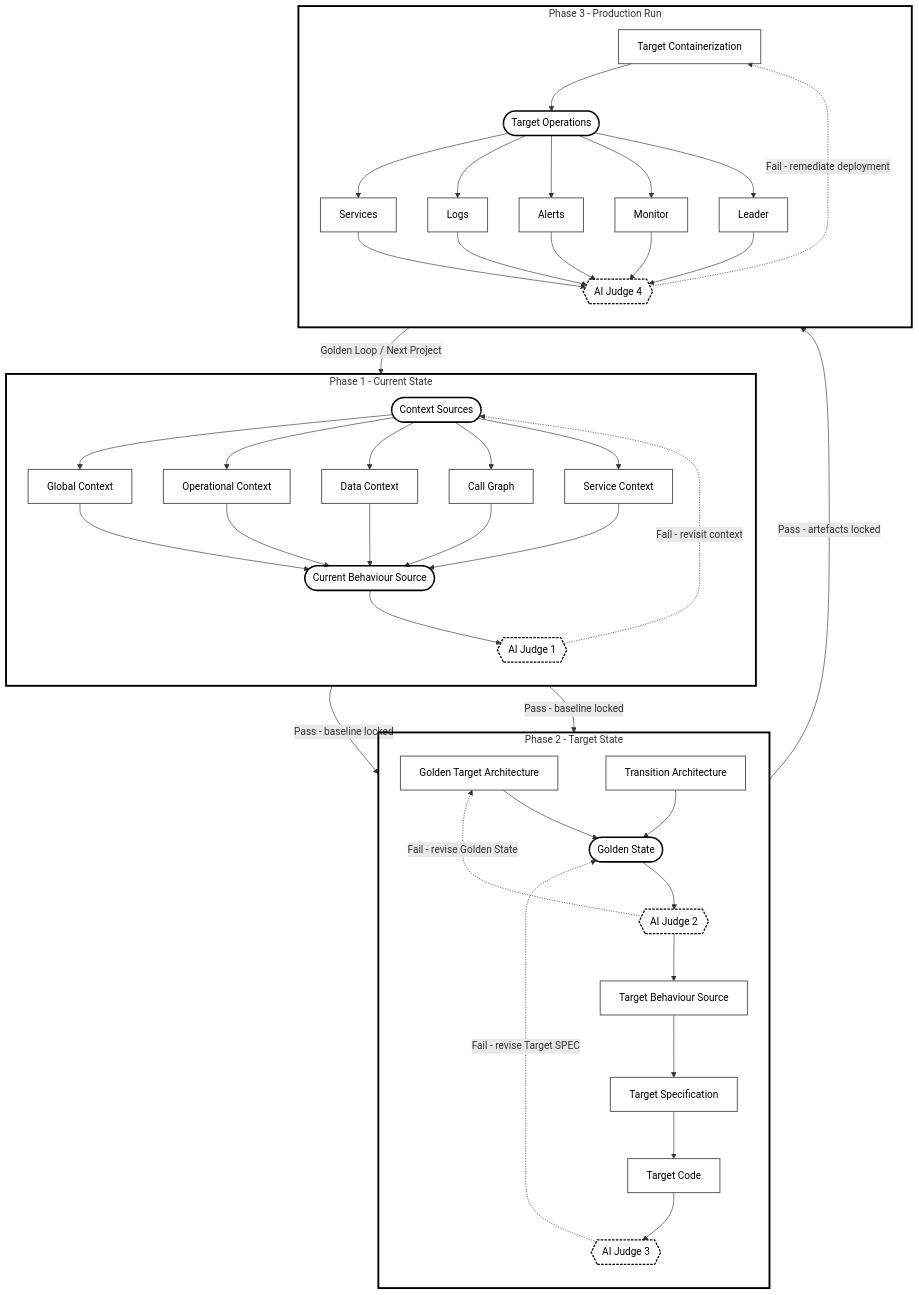
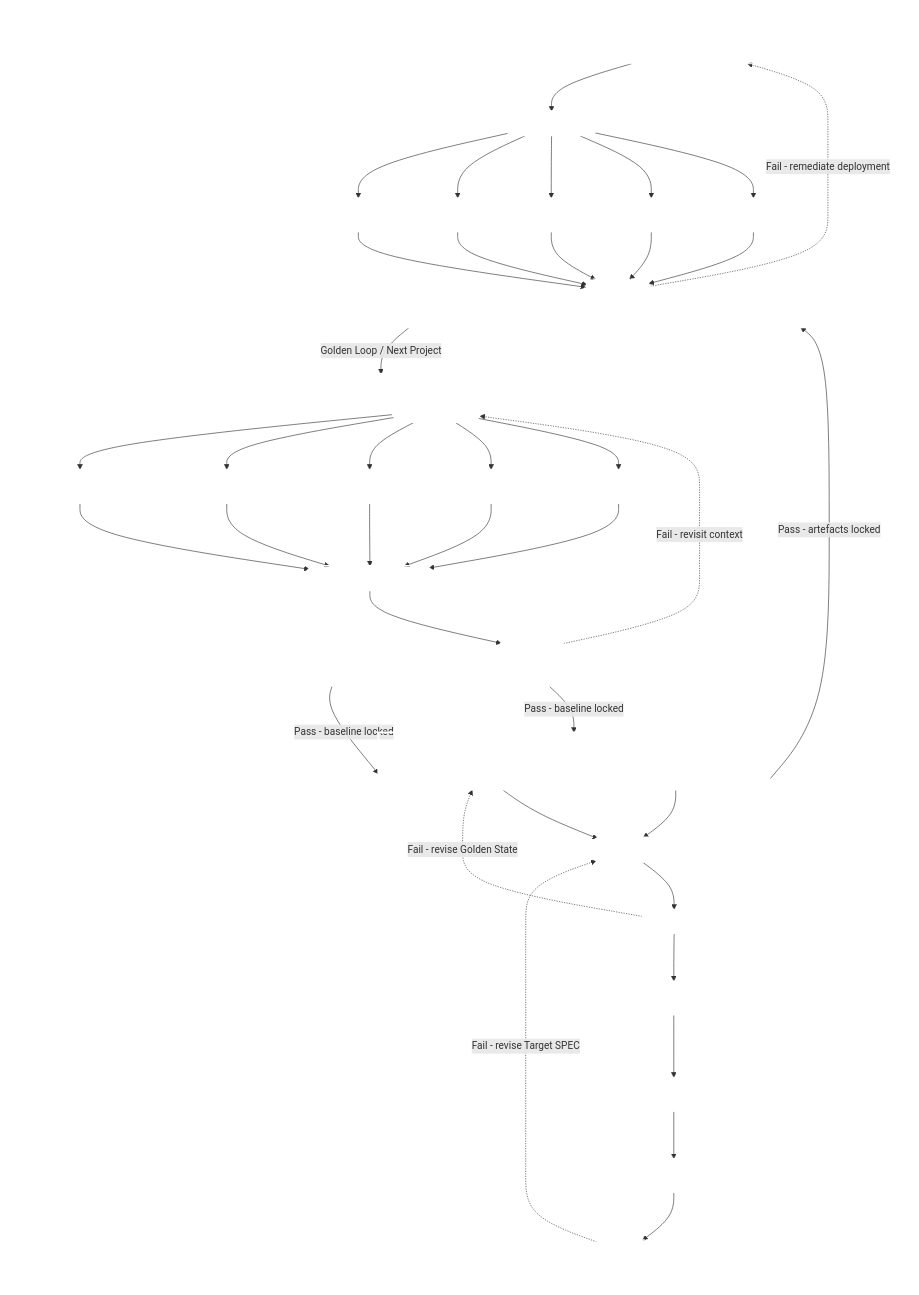
The diagram in README.md (Harsha200526/expense-tracker), drawn with Mermaid before and after one commit.

Commit message:
Change colors to white in README.md styles

````diff
--- a/README.md
+++ b/README.md
@@ -300,15 +300,15 @@
     AJ3 -.->|"Fail - revise Target SPEC"| GS
     AJ4 -.->|"Fail - remediate deployment"| TCONT
 
-    classDef artifact fill:transparent,stroke:#555555,stroke-width:1.5px,color:inherit
-    classDef hub fill:transparent,stroke:#000000,stroke-width:2.5px,color:inherit
-    classDef judge fill:transparent,stroke:#000000,stroke-width:2px,stroke-dasharray:4 2,color:inherit
+    classDef artifact fill:transparent,stroke:#ffffff,stroke-width:1.5px,color:#ffffff
+    classDef hub fill:transparent,stroke:#ffffff,stroke-width:2.5px,color:#ffffff
+    classDef judge fill:transparent,stroke:#ffffff,stroke-width:2px,stroke-dasharray:4 2,color:#ffffff
 
     class GC,OC,DC,CG,SVC,GTA,TA,TBS,TSPEC,TCODE,TCONT,SV,LG,AL,MN,LD artifact
     class CS,CBS,GS,TOPS hub
     class AJ1,AJ2,AJ3,AJ4 judge
 
-    style P1 fill:transparent,stroke:#000000,stroke-width:3px
-    style P2 fill:transparent,stroke:#000000,stroke-width:3px
-    style P3 fill:transparent,stroke:#000000,stroke-width:3px
+    style P1 fill:transparent,stroke:#ffffff,stroke-width:3px,color:#ffffff
+    style P2 fill:transparent,stroke:#ffffff,stroke-width:3px,color:#ffffff
+    style P3 fill:transparent,stroke:#ffffff,stroke-width:3px,color:#ffffff
 ```
````
